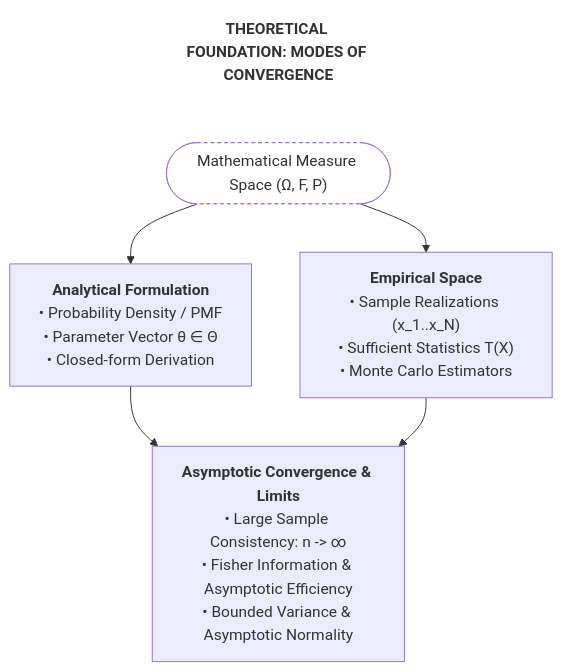
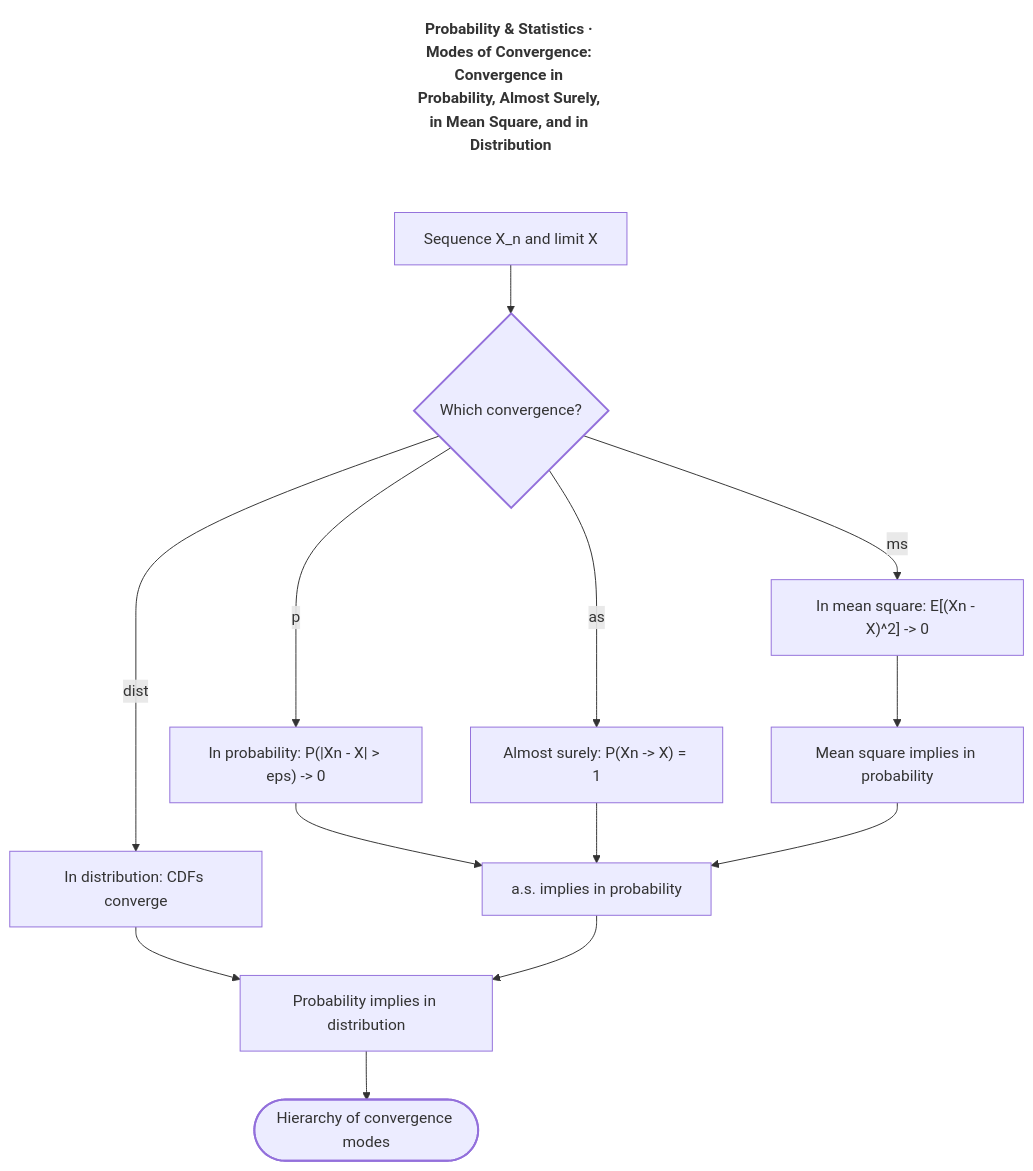
Before and after one commit to SahajIVVIX-1/blogs: the diagram in src/content/posts/2024/06/2024-06-17-stats-65-modes-of-convergence.md, drawn with Mermaid. The commit also changed 2157 other files, not shown here.

Commit message:
content: papers and AI updates through 27 Nov (118 AI posts), per-post Mermaid diagrams (papers, AI, study phases 1-7)

````diff
--- a/src/content/posts/2024/06/2024-06-17-stats-65-modes-of-convergence.md
+++ b/src/content/posts/2024/06/2024-06-17-stats-65-modes-of-convergence.md
@@ -52,15 +52,33 @@
 ```mermaid
 flowchart TD
-    T(["THEORETICAL FOUNDATION: MODES OF CONVERGENCE"]):::title
-    I(["Mathematical Measure Space (Ω, F, P)"]):::io
-    L["<b>Analytical Formulation</b><br/>• Probability Density / PMF<br/>• Parameter Vector θ ∈ Θ<br/>• Closed-form Derivation"]
-    R["<b>Empirical Space</b><br/>• Sample Realizations (x_1..x_N)<br/>• Sufficient Statistics T(X)<br/>• Monte Carlo Estimators"]
-    E["<b>Asymptotic Convergence #amp; Limits</b><br/>• Large Sample Consistency: n -#gt; ∞<br/>• Fisher Information #amp; Asymptotic Efficiency<br/>• Bounded Variance #amp; Asymptotic Normality"]
-    T ~~~ I
-    I --> L
-    I --> R
-    L --> E
-    R --> E
+    T(["Probability #amp; Statistics · Modes of Convergence: Convergence in Probability, Almost Surely, in Mean Square, and in Distribution"]):::title
+    a["Sequence X_n and limit X"]
+    b{"Which convergence?"}
+    c["In probability: P(|Xn - X| #gt; eps) -#gt; 0"]
+    d["Almost surely: P(Xn -#gt; X) = 1"]
+    e["In mean square: E[(Xn - X)^2] -#gt; 0"]
+    f["In distribution: CDFs converge"]
+    g["a.s. implies in probability"]
+    h["Mean square implies in probability"]
+    i["Probability implies in distribution"]
+    j(["Hierarchy of convergence modes"])
+    T ~~~ a
+    a --> b
+    b -- "p" --> c
+    c --> g
+    b -- "as" --> d
+    d --> g
+    b -- "ms" --> e
+    e --> h
+    b -- "dist" --> f
+    f --> i
+    g --> i
+    i --> j
+    h --> g
+    class b dec
+    class j term
     classDef title fill:transparent,stroke:transparent,font-weight:700;
-    classDef io fill:transparent,stroke-dasharray:4 3;
+    classDef term stroke-width:2px;
+    classDef store stroke-dasharray:4 3;
+    classDef dec stroke-width:2px;
 ```
````
